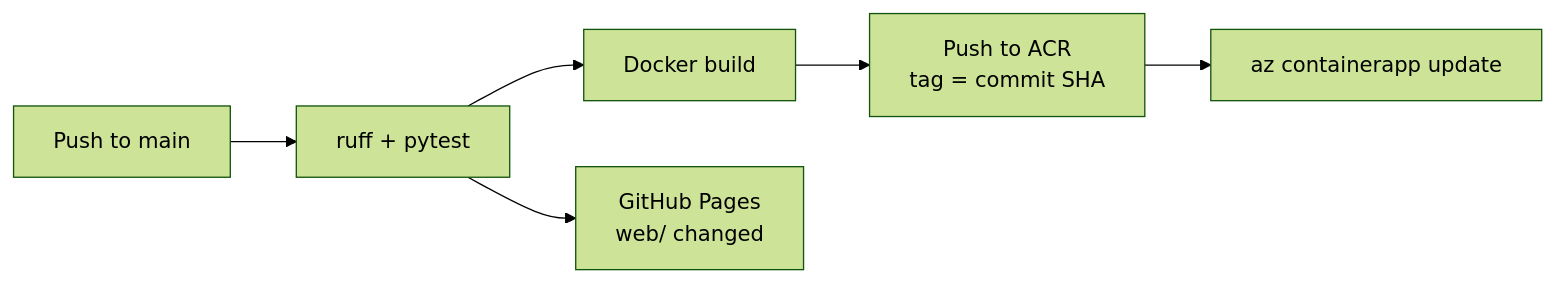
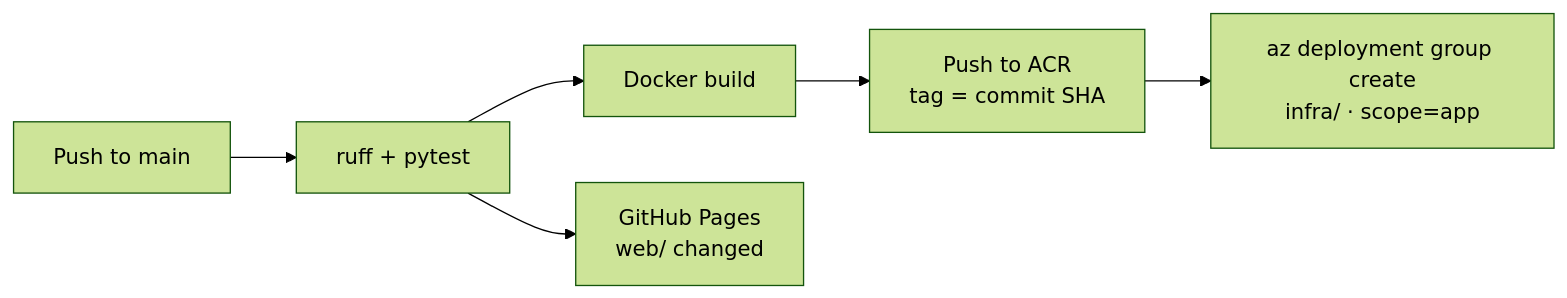
One commit to timur-us/forecastpilot changed the second of 2 diagrams in README.md. Above: the diagram before and after it, drawn with Mermaid (forest theme). The commit also changed other lines of this file and 6 other files, not shown here.

````diff
--- a/README.md
+++ b/README.md
@@ -49,6 +49,6 @@
 ```mermaid
 flowchart LR
     P["Push to main"] --> T["ruff + pytest"] --> B["Docker build"]
-    B --> R["Push to ACR<br/>tag = commit SHA"] --> U["az containerapp update"]
+    B --> R["Push to ACR<br/>tag = commit SHA"] --> U["az deployment group create<br/>infra/ · scope=app"]
     T --> G["GitHub Pages<br/>web/ changed"]
 ```
````
